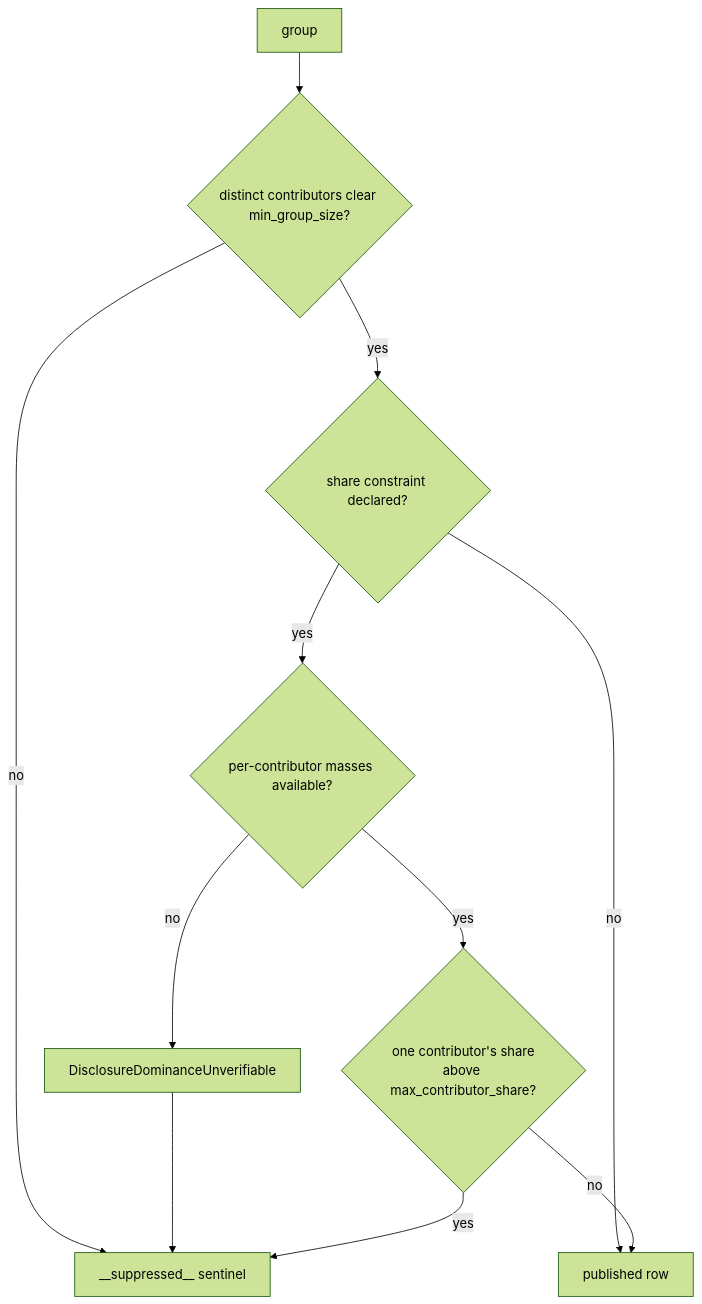
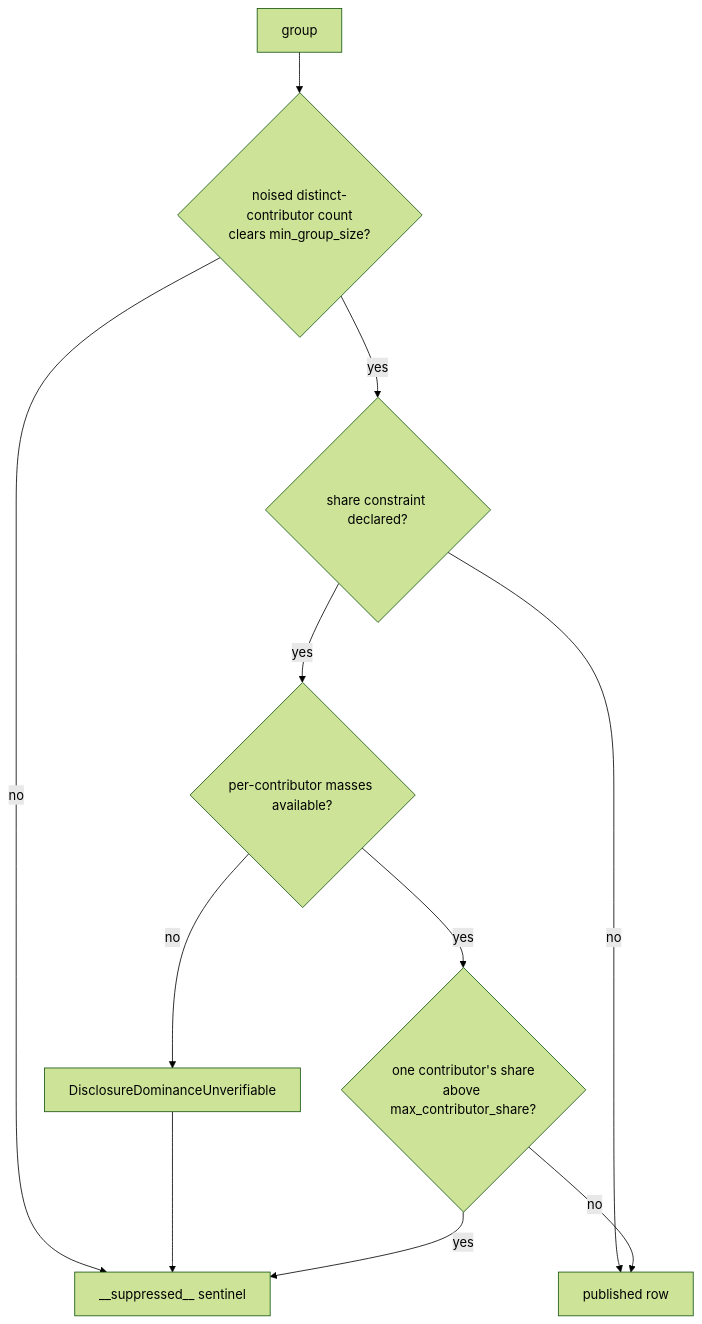
One commit to fractalboxdev/contextful changed the second of 2 diagrams in spec/61-disclosure.md. Above: the diagram before and after it, drawn with Mermaid (forest theme). The commit also changed other lines of this file and 180 other files, not shown here.

First line of the commit message:
spec: readable clauses, guides and cards; boundary diagrams; milestone 1 authority (#6)

````diff
--- a/spec/61-disclosure.md
+++ b/spec/61-disclosure.md
@@ -73,13 +96,13 @@
 ```mermaid
 flowchart TD
-  G["group"] --> SZ{"distinct contributors clear min_group_size?"}
+  G["group"] --> SZ{"noised distinct-contributor count<br/>clears min_group_size?"}
   SZ -- no --> S["__suppressed__ sentinel"]
   SZ -- yes --> SH{"share constraint declared?"}
   SH -- no --> P["published row"]
   SH -- yes --> AV{"per-contributor masses available?"}
   AV -- no --> DU["DisclosureDominanceUnverifiable"]
   DU --> S
   AV -- yes --> DOM{"one contributor's share<br/>above max_contributor_share?"}
   DOM -- yes --> S
   DOM -- no --> P
 ```
````
